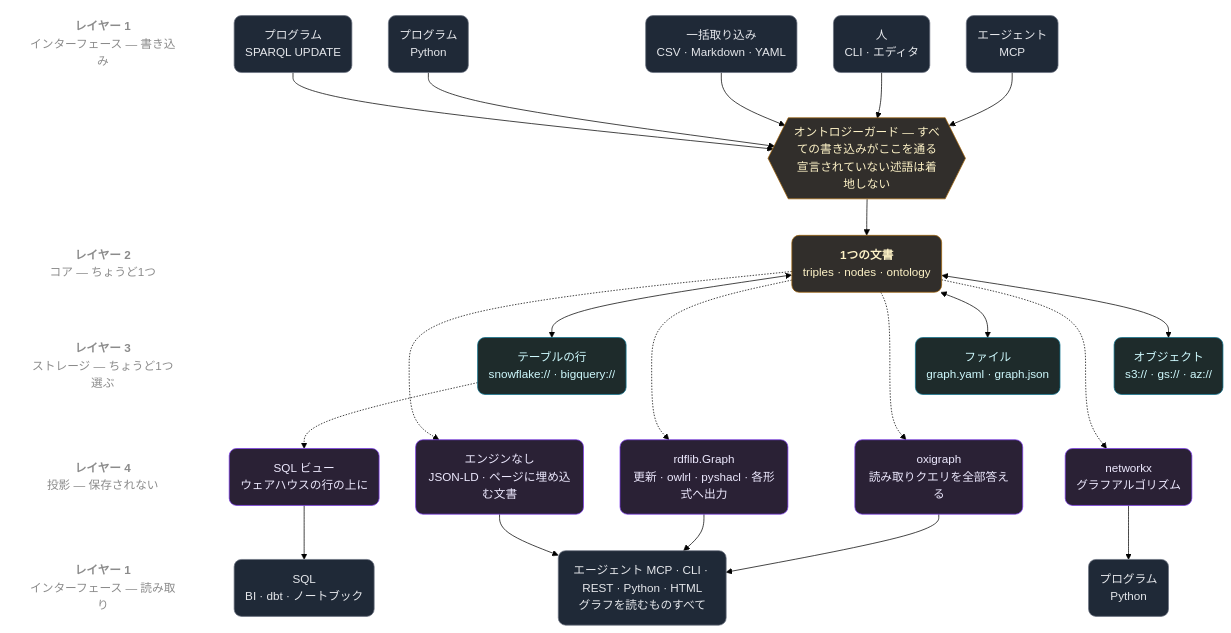
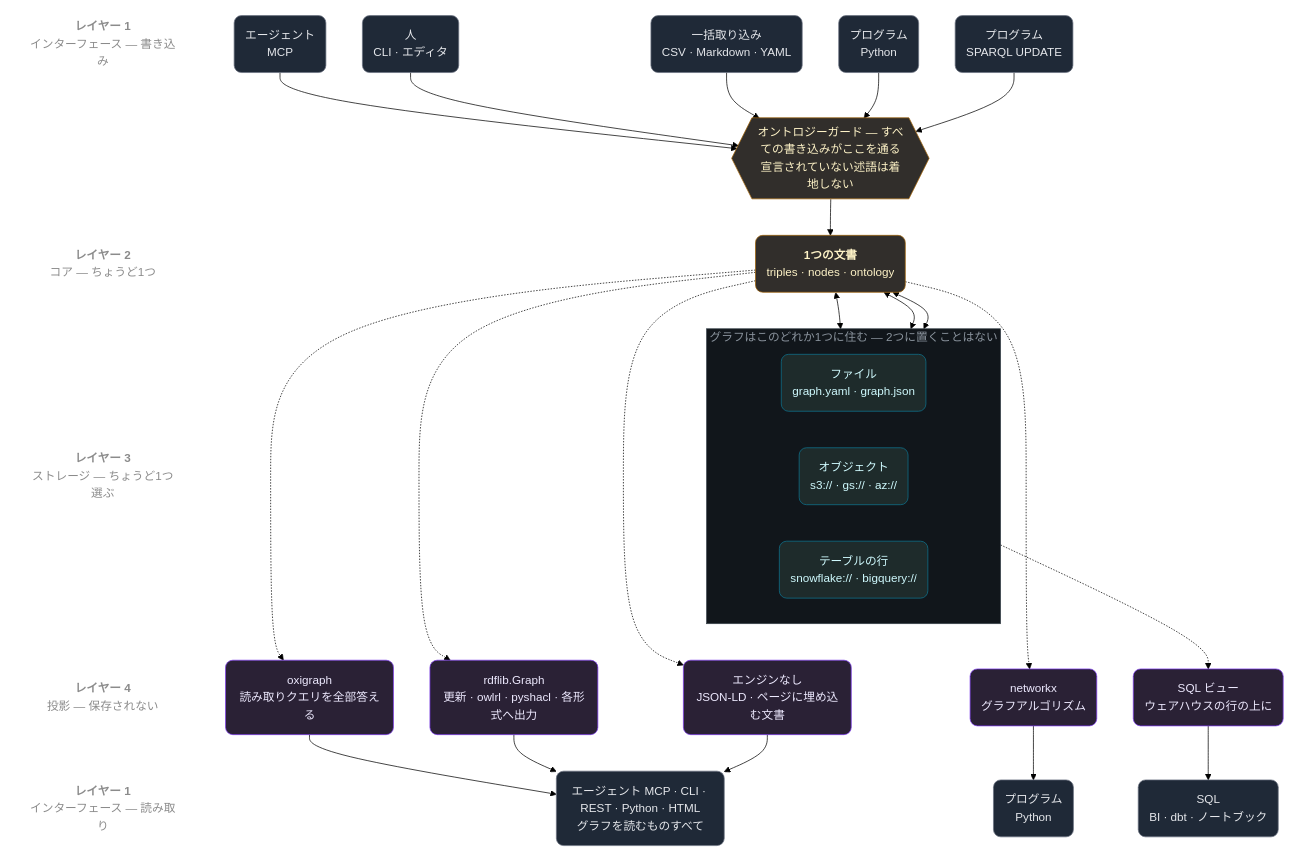
The first of 3 diagrams in docs/ARCHITECTURE_jp.md (RyutoYoda/trikedb), drawn with Mermaid (forest theme) before and after one commit. The commit also changed 2 other files, not shown here.

Commit message:
docs: 保存先が排他であることを図で示した。3つ全部に置くように見えていた
同じ文書から3つの箱に矢印が伸びていて、pick exactly one の
但し書きが小さかった。ymlにもSnowflakeにも置く二重管理だと
読めてしまう。3つを subgraph で囲んで「グラフはこのどれか1つに
住む — 2つに置くことはない」と書いた。英日中の3つとも。

````diff
--- a/docs/ARCHITECTURE_jp.md
+++ b/docs/ARCHITECTURE_jp.md
@@ -9,64 +9,68 @@
 ```mermaid
 flowchart TB
     LA["<b>レイヤー 1</b><br/>インターフェース — 書き込み"]
     LG[" "]
     LB["<b>レイヤー 2</b><br/>コア — ちょうど1つ"]
     LC["<b>レイヤー 3</b><br/>ストレージ — ちょうど1つ選ぶ"]
     LD["<b>レイヤー 4</b><br/>投影 — 保存されない"]
     LE["<b>レイヤー 1</b><br/>インターフェース — 読み取り"]
     LA ~~~ LG ~~~ LB ~~~ LC ~~~ LD ~~~ LE
 
     WA("エージェント<br/>MCP")
     WC("人<br/>CLI · エディタ")
     WI("一括取り込み<br/>CSV · Markdown · YAML")
     WP("プログラム<br/>Python")
     WU("プログラム<br/>SPARQL UPDATE")
     G{{"オントロジーガード — すべての書き込みがここを通る<br/>宣言されていない述語は着地しない"}}
     C("<b>1つの文書</b><br/>triples · nodes · ontology")
-    SF("ファイル<br/>graph.yaml · graph.json")
-    SO("オブジェクト<br/>s3:// · gs:// · az://")
-    SW("テーブルの行<br/>snowflake:// · bigquery://")
+    subgraph pick["グラフはこのどれか1つに住む — 2つに置くことはない"]
+        direction LR
+        SF("ファイル<br/>graph.yaml · graph.json")
+        SO("オブジェクト<br/>s3:// · gs:// · az://")
+        SW("テーブルの行<br/>snowflake:// · bigquery://")
+    end
     PO("oxigraph<br/>読み取りクエリを全部答える")
     PR("rdflib.Graph<br/>更新 · owlrl · pyshacl · 各形式へ出力")
     PN("networkx<br/>グラフアルゴリズム")
     PV("SQL ビュー<br/>ウェアハウスの行の上に")
     PD("エンジンなし<br/>JSON-LD · ページに埋め込む文書")
     RQ("エージェント MCP · CLI · REST · Python · HTML<br/>グラフを読むものすべて")
     RG("プログラム<br/>Python")
     RS("SQL<br/>BI · dbt · ノートブック")
 
     WA --> G
     WC --> G
     WI --> G
     WP --> G
     WU --> G
     G --> C
     C <--> SF
     C <--> SO
     C <--> SW
     SF ~~~ PO
     SF ~~~ PR
     SO ~~~ PN
     SW -.-> PV
     SW ~~~ PD
     C -.-> PO
     C -.-> PR
     C -.-> PN
     C -.-> PD
     PO --> RQ
     PR --> RQ
     PN --> RG
     PV --> RS
     PD --> RQ
 
+    style pick fill:#11161b,stroke:#39434b,color:#8b949e
     classDef lbl fill:none,stroke:none,color:#8b8b8b
     classDef iface fill:#1f2937,stroke:#6b7280,color:#e5e7eb,rx:10,ry:10
     classDef core fill:#312e2b,stroke:#a16207,color:#fef3c7,rx:10,ry:10
     classDef store fill:#1e2b2b,stroke:#0e7490,color:#cffafe,rx:10,ry:10
     classDef proj fill:#2a2135,stroke:#7c3aed,color:#ede9fe,rx:10,ry:10
     class LA,LG,LB,LC,LD,LE lbl
     class WA,WC,WI,WP,WU,RQ,RG,RS iface
     class C,G core
     class SF,SO,SW store
     class PO,PR,PN,PV,PD proj
 ```
````
